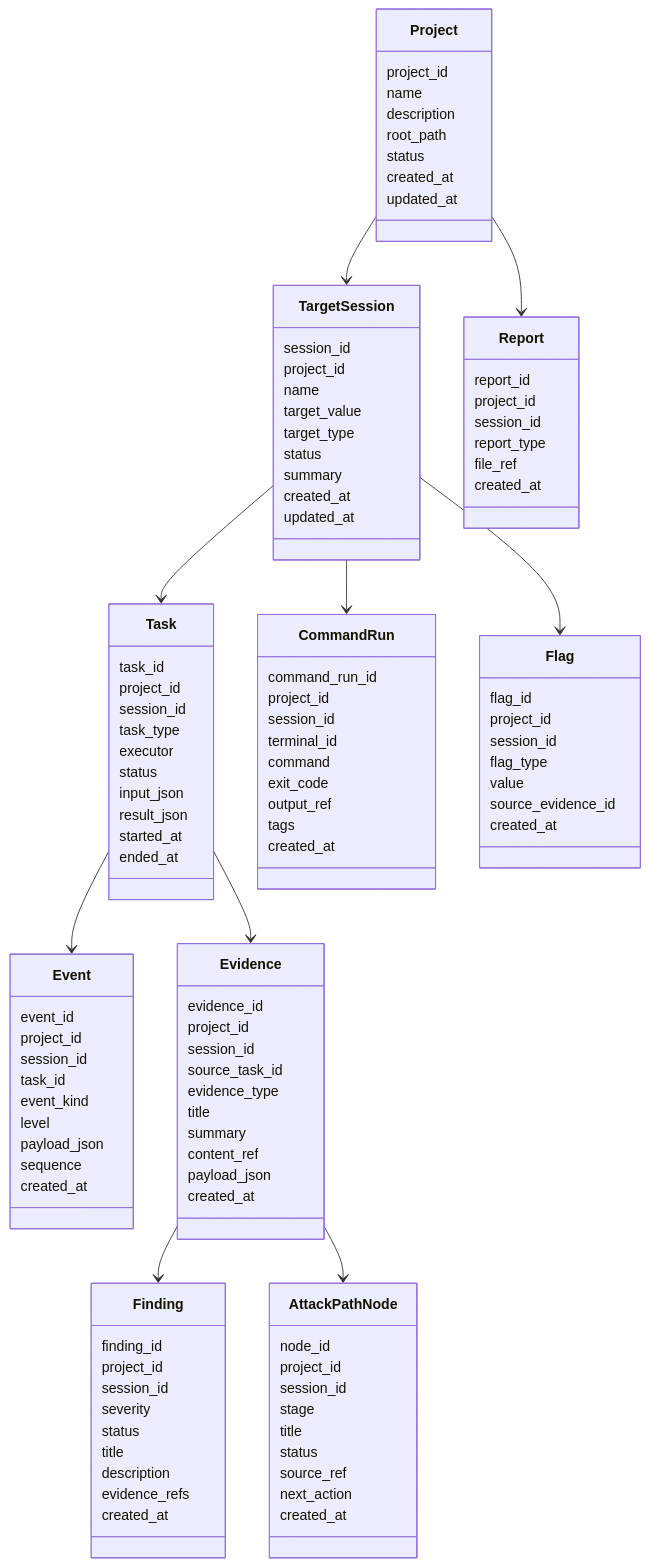
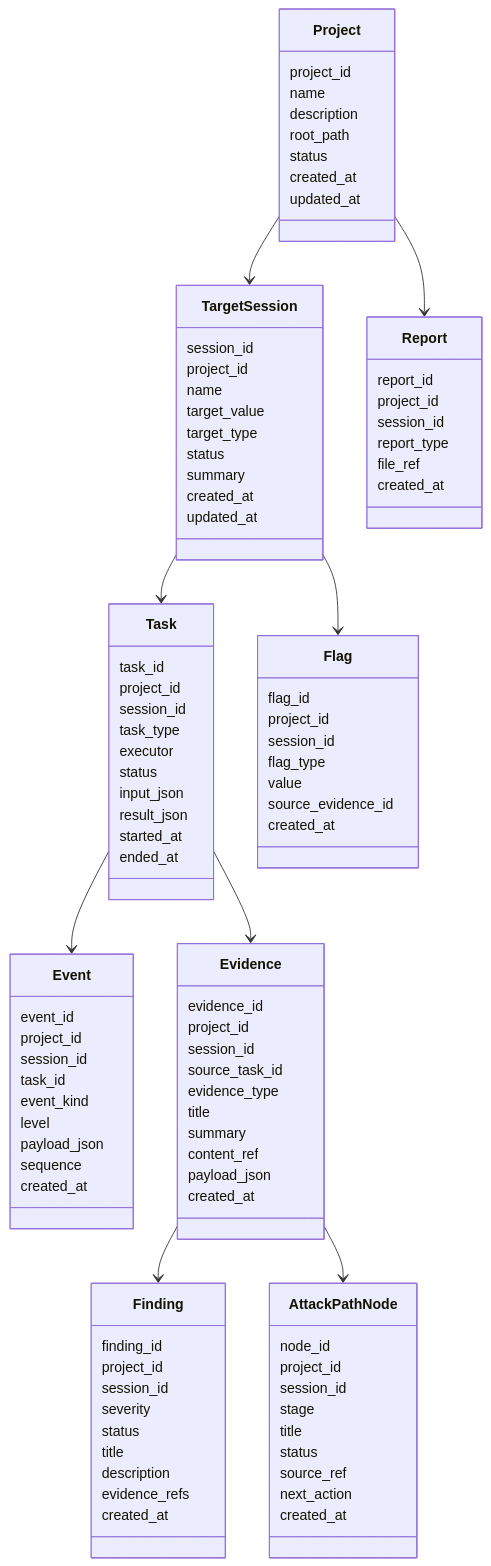
The second of 3 diagrams in docs/design/control-center-platform-design.md (a1457139709/red_agent), drawn with Mermaid before and after one commit. The commit also changed other lines of this file and 45 other files, not shown here.

````diff
--- a/docs/design/control-center-platform-design.md
+++ b/docs/design/control-center-platform-design.md
@@ -209,18 +203,6 @@
       created_at
     }
 
-    class CommandRun {
-      command_run_id
-      project_id
-      session_id
-      terminal_id
-      command
-      exit_code
-      output_ref
-      tags
-      created_at
-    }
-
     class Flag {
       flag_id
       project_id
@@ -246,7 +228,6 @@
     Task --> Evidence
     Evidence --> Finding
     Evidence --> AttackPathNode
-    TargetSession --> CommandRun
     TargetSession --> Flag
     Project --> Report
 ```
````
